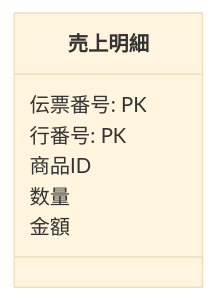
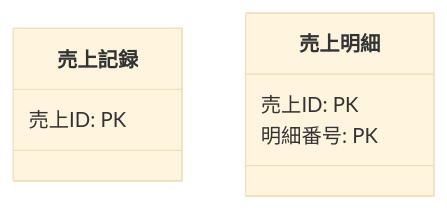
Before and after one commit to specdojo/specdojo: the first of 2 diagrams in docs/ja/specdojo/rulebooks/ccd-mermaid-rulebook.md, drawn with Mermaid (base theme). The commit also changed other lines of this file and 13 other files, not shown here.

Commit message:
exec(register PJR-M7KD): 概念クラス図（ccd）の型を、実装と同じことを書かない形に手入れする

````diff
--- a/docs/ja/specdojo/rulebooks/ccd-mermaid-rulebook.md
+++ b/docs/ja/specdojo/rulebooks/ccd-mermaid-rulebook.md
@@ -61,10 +119,11 @@
 ```mermaid
 classDiagram
+class 売上記録 {
+  売上ID: PK
+}
+
 class 売上明細 {
-  伝票番号: PK
-  行番号: PK
-  商品ID
-  数量
-  金額
+  売上ID: PK
+  明細番号: PK
 }
 ```
````
